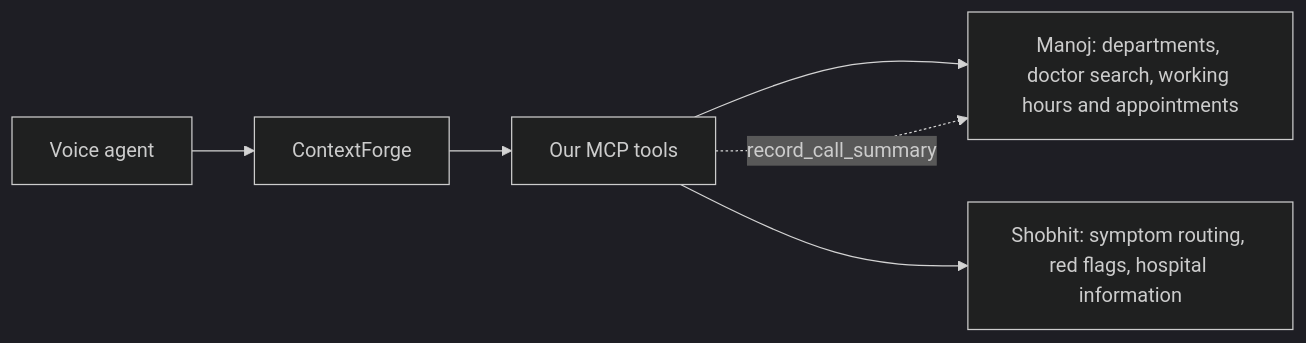
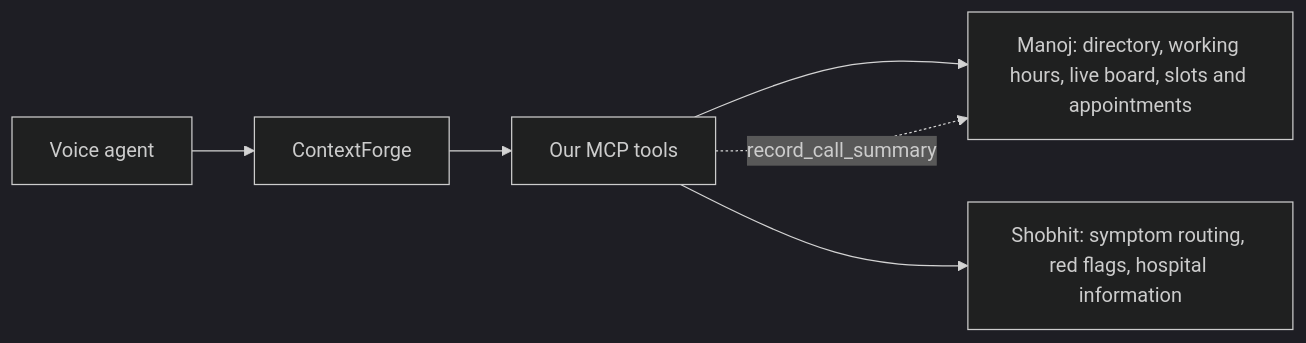
One commit to Garry2012/healthcare-tools changed the diagram in docs/handover/mcp-only/PLAN.md. Above: the diagram before and after it, drawn with Mermaid (dark theme). The commit also changed other lines of this file and 2 other files, not shown here.

````diff
--- a/docs/handover/mcp-only/PLAN.md
+++ b/docs/handover/mcp-only/PLAN.md
@@ -11,8 +11,8 @@
 ```mermaid
 flowchart LR
   V[Voice agent] --> G[ContextForge]
   G --> M[Our MCP tools]
-  M --> O[Manoj: departments, doctor search, working hours and appointments]
+  M --> O[Manoj: directory, working hours, live board, slots and appointments]
   M --> K[Shobhit: symptom routing, red flags, hospital information]
   M -. record_call_summary .-> O
 ```
````
